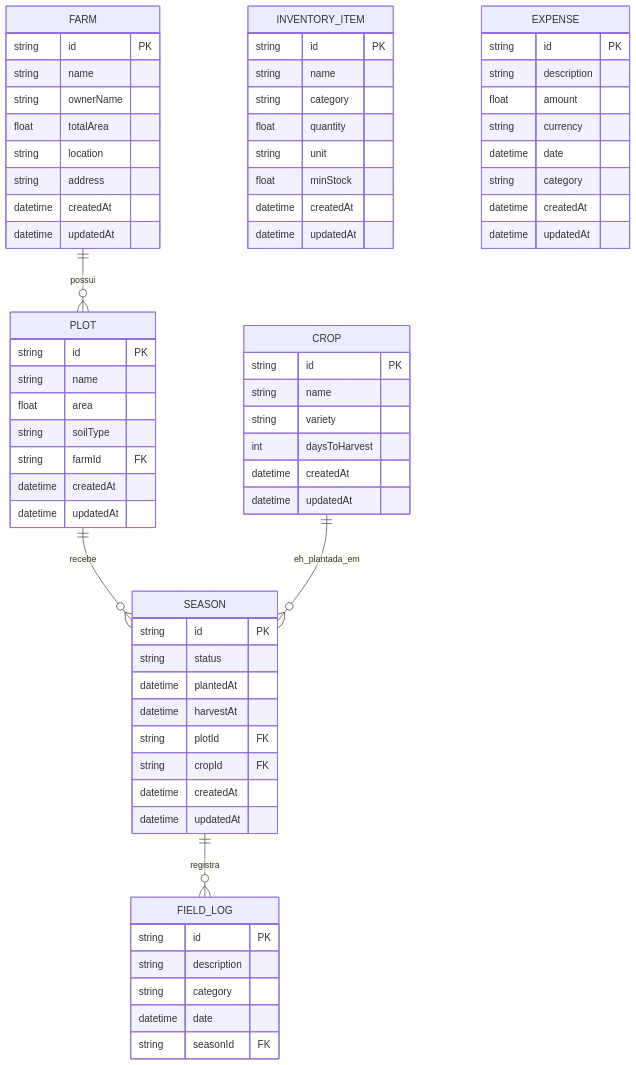
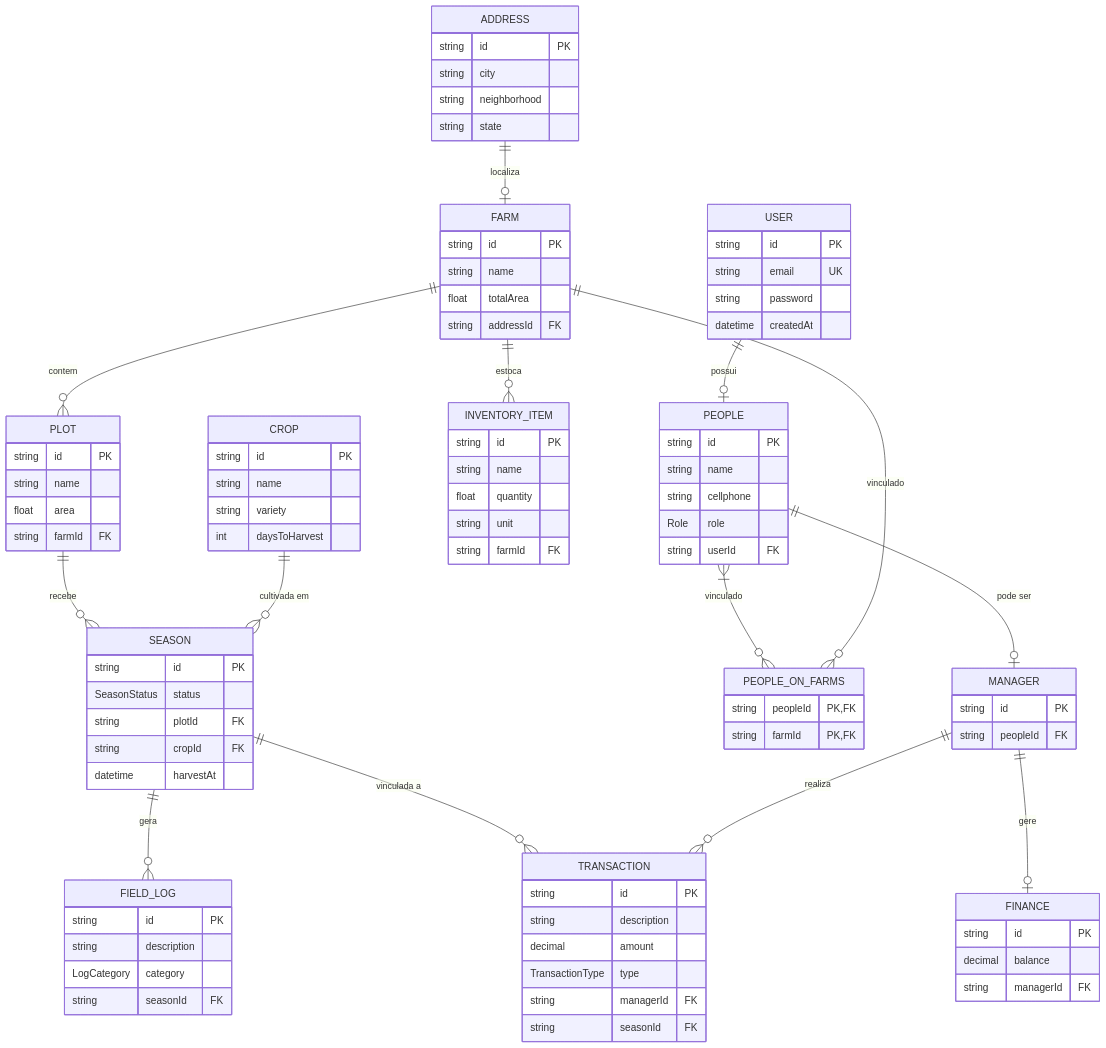
Before and after one commit to artful-tech/agrofy-api: the diagram in README.md, drawn with Mermaid. The commit also changed other lines of this file, not shown here.

Commit message:
atualizacao readme.md

````diff
--- a/README.md
+++ b/README.md
@@ -352,30 +355,64 @@
 ```mermaid
 
 erDiagram
-    FARM ||--o{ PLOT : "possui"
+    USER ||--o| PEOPLE : "possui"
+    PEOPLE ||--o| MANAGER : "pode ser"
+    PEOPLE }|--o{ PEOPLE_ON_FARMS : "vinculado"
+    FARM ||--o{ PEOPLE_ON_FARMS : "vinculado"
+    ADDRESS ||--o| FARM : "localiza"
+    FARM ||--o{ PLOT : "contem"
+    FARM ||--o{ INVENTORY_ITEM : "estoca"
     PLOT ||--o{ SEASON : "recebe"
-    CROP ||--o{ SEASON : "eh_plantada_em"
-    SEASON ||--o{ FIELD_LOG : "registra"
-    
+    CROP ||--o{ SEASON : "cultivada em"
+    SEASON ||--o{ FIELD_LOG : "gera"
+    SEASON ||--o{ TRANSACTION : "vinculada a"
+    MANAGER ||--o{ TRANSACTION : "realiza"
+    MANAGER ||--o| FINANCE : "gere"
+
+    USER {
+        string id PK
+        string email UK
+        string password
+        datetime createdAt
+    }
+
+    PEOPLE {
+        string id PK
+        string name
+        string cellphone
+        Role role
+        string userId FK
+    }
+
+    MANAGER {
+        string id PK
+        string peopleId FK
+    }
+
+    ADDRESS {
+        string id PK
+        string city
+        string neighborhood
+        string state
+    }
+
     FARM {
         string id PK
         string name
-        string ownerName
         float totalArea
-        string location
-        string address
-        datetime createdAt
-        datetime updatedAt
+        string addressId FK
+    }
+
+    PEOPLE_ON_FARMS {
+        string peopleId PK, FK
+        string farmId PK, FK
     }
 
     PLOT {
         string id PK
         string name
         float area
-        string soilType
         string farmId FK
-        datetime createdAt
-        datetime updatedAt
     }
 
     CROP {
@@ -383,48 +420,43 @@
         string name
         string variety
         int daysToHarvest
-        datetime createdAt
-        datetime updatedAt
     }
 
     SEASON {
         string id PK
-        string status
-        datetime plantedAt
-        datetime harvestAt
+        SeasonStatus status
         string plotId FK
         string cropId FK
-        datetime createdAt
-        datetime updatedAt
+        datetime harvestAt
     }
 
     FIELD_LOG {
         string id PK
         string description
-        string category
-        datetime date
+        LogCategory category
         string seasonId FK
     }
 
     INVENTORY_ITEM {
         string id PK
         string name
-        string category
         float quantity
         string unit
-        float minStock
-        datetime createdAt
-        datetime updatedAt
+        string farmId FK
     }
 
-    EXPENSE {
+    TRANSACTION {
         string id PK
         string description
-        float amount
-        string currency
-        datetime date
-        string category
-        datetime createdAt
-        datetime updatedAt
+        decimal amount
+        TransactionType type
+        string managerId FK
+        string seasonId FK
+    }
+
+    FINANCE {
+        string id PK
+        decimal balance
+        string managerId FK
     }
 ```
````
